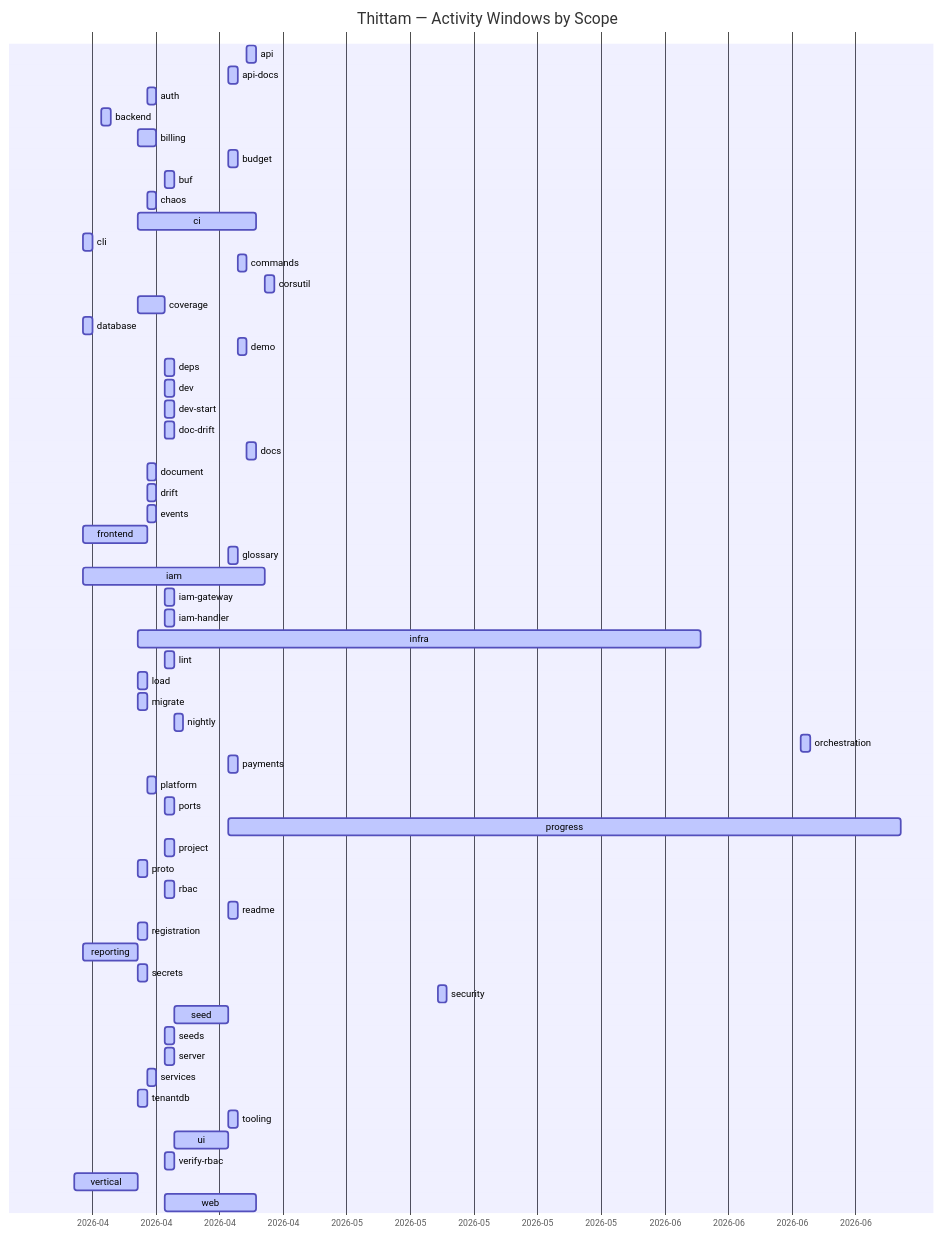
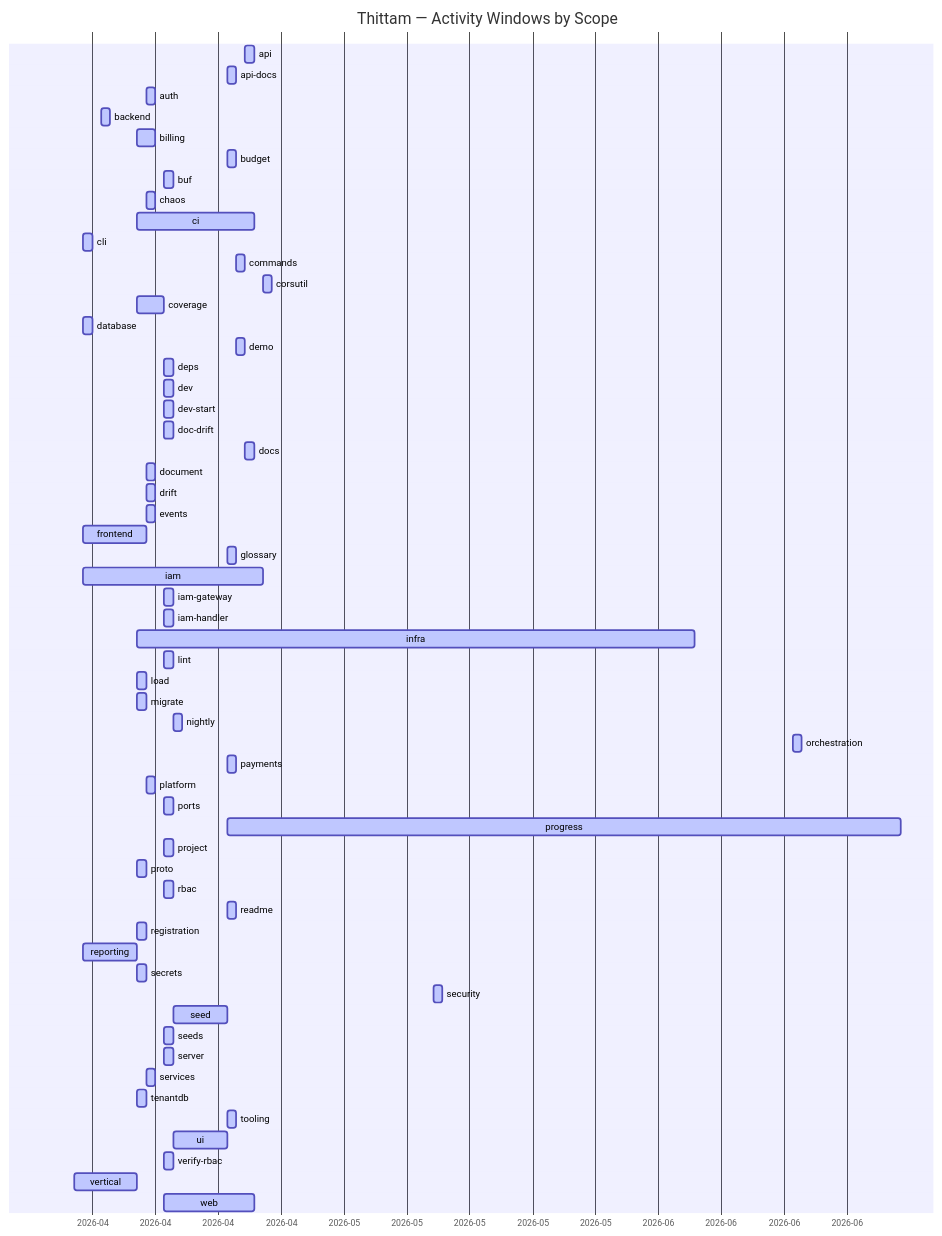
Before and after one commit to wegofwd2020-hub/thittam: the diagram in docs/PROGRESS.md, drawn with Mermaid. The commit also changed other lines of this file and 1 other file, not shown here.

Commit message:
chore(progress): nightly update of docs/PROGRESS.md + CSVs

````diff
--- a/docs/PROGRESS.md
+++ b/docs/PROGRESS.md
@@ -9,62 +9,62 @@
 ```mermaid
 gantt
     title Thittam — Activity Windows by Scope
     dateFormat YYYY-MM-DD
     axisFormat %Y-%m
     api                :active, s_api, 2026-04-22, 2026-04-23
     api-docs           :active, s_api_docs, 2026-04-20, 2026-04-21
     auth               :active, s_auth, 2026-04-11, 2026-04-12
     backend            :active, s_backend, 2026-04-06, 2026-04-07
     billing            :active, s_billing, 2026-04-10, 2026-04-12
     budget             :active, s_budget, 2026-04-20, 2026-04-21
     buf                :active, s_buf, 2026-04-13, 2026-04-14
     chaos              :active, s_chaos, 2026-04-11, 2026-04-12
     ci                 :active, s_ci, 2026-04-10, 2026-04-23
     cli                :active, s_cli, 2026-04-04, 2026-04-05
     commands           :active, s_commands, 2026-04-21, 2026-04-22
     corsutil           :active, s_corsutil, 2026-04-24, 2026-04-25
     coverage           :active, s_coverage, 2026-04-10, 2026-04-13
     database           :active, s_database, 2026-04-04, 2026-04-05
     demo               :active, s_demo, 2026-04-21, 2026-04-22
     deps               :active, s_deps, 2026-04-13, 2026-04-14
     dev                :active, s_dev, 2026-04-13, 2026-04-14
     dev-start          :active, s_dev_start, 2026-04-13, 2026-04-14
     doc-drift          :active, s_doc_drift, 2026-04-13, 2026-04-14
     docs               :active, s_docs, 2026-04-22, 2026-04-23
     document           :active, s_document, 2026-04-11, 2026-04-12
     drift              :active, s_drift, 2026-04-11, 2026-04-12
     events             :active, s_events, 2026-04-11, 2026-04-12
     frontend           :active, s_frontend, 2026-04-04, 2026-04-11
     glossary           :active, s_glossary, 2026-04-20, 2026-04-21
     iam                :active, s_iam, 2026-04-04, 2026-04-24
     iam-gateway        :active, s_iam_gateway, 2026-04-13, 2026-04-14
     iam-handler        :active, s_iam_handler, 2026-04-13, 2026-04-14
     infra              :active, s_infra, 2026-04-10, 2026-06-11
     lint               :active, s_lint, 2026-04-13, 2026-04-14
     load               :active, s_load, 2026-04-10, 2026-04-11
     migrate            :active, s_migrate, 2026-04-10, 2026-04-11
     nightly            :active, s_nightly, 2026-04-14, 2026-04-15
     orchestration      :active, s_orchestration, 2026-06-22, 2026-06-23
     payments           :active, s_payments, 2026-04-20, 2026-04-21
     platform           :active, s_platform, 2026-04-11, 2026-04-12
     ports              :active, s_ports, 2026-04-13, 2026-04-14
-    progress           :active, s_progress, 2026-04-20, 2026-07-03
+    progress           :active, s_progress, 2026-04-20, 2026-07-04
     project            :active, s_project, 2026-04-13, 2026-04-14
     proto              :active, s_proto, 2026-04-10, 2026-04-11
     rbac               :active, s_rbac, 2026-04-13, 2026-04-14
     readme             :active, s_readme, 2026-04-20, 2026-04-21
     registration       :active, s_registration, 2026-04-10, 2026-04-11
     reporting          :active, s_reporting, 2026-04-04, 2026-04-10
     secrets            :active, s_secrets, 2026-04-10, 2026-04-11
     security           :active, s_security, 2026-05-13, 2026-05-14
     seed               :active, s_seed, 2026-04-14, 2026-04-20
     seeds              :active, s_seeds, 2026-04-13, 2026-04-14
     server             :active, s_server, 2026-04-13, 2026-04-14
     services           :active, s_services, 2026-04-11, 2026-04-12
     tenantdb           :active, s_tenantdb, 2026-04-10, 2026-04-11
     tooling            :active, s_tooling, 2026-04-20, 2026-04-21
     ui                 :active, s_ui, 2026-04-14, 2026-04-20
     verify-rbac        :active, s_verify_rbac, 2026-04-13, 2026-04-14
     vertical           :active, s_vertical, 2026-04-03, 2026-04-10
     web                :active, s_web, 2026-04-13, 2026-04-23
 ```
````
